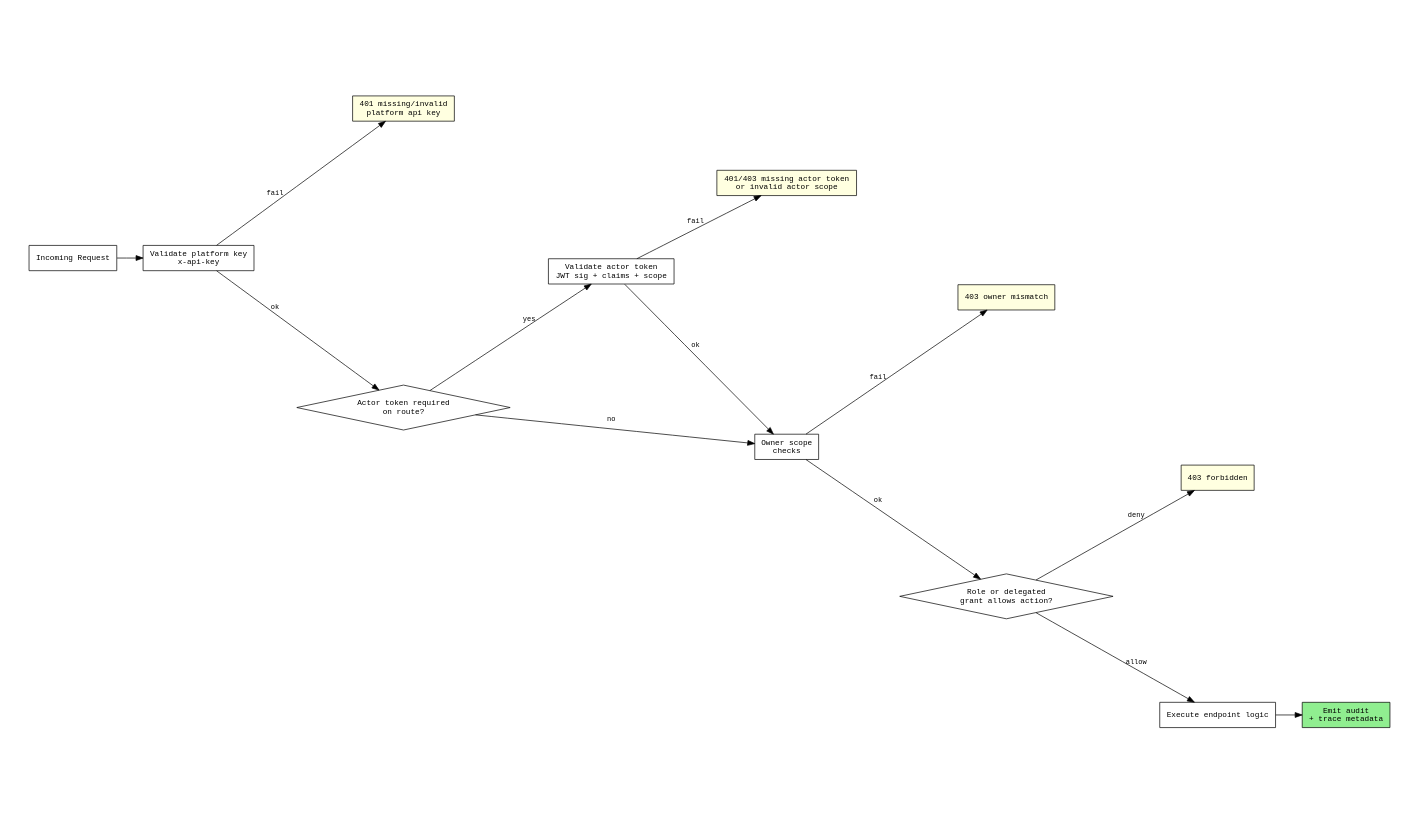
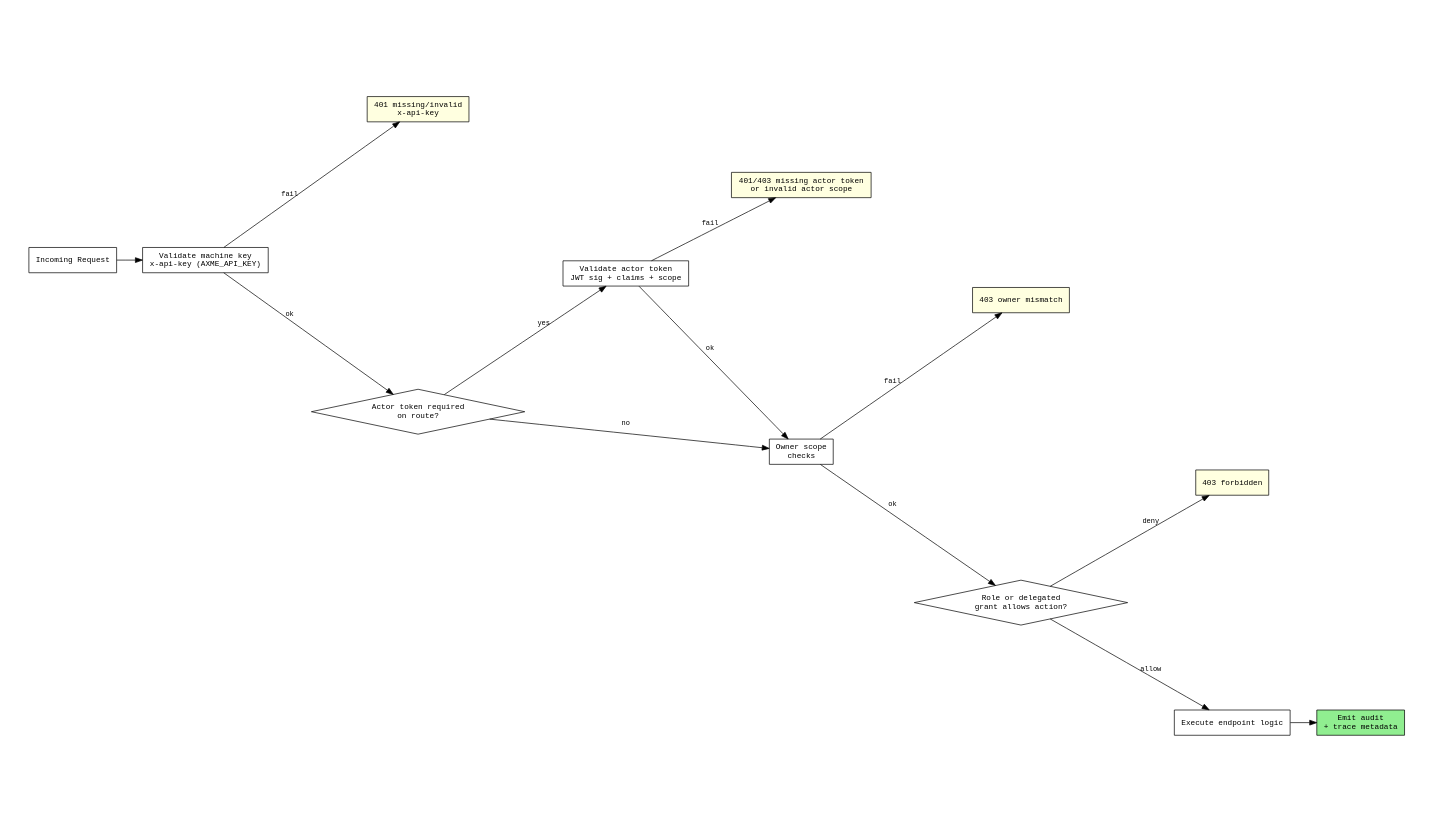
Before and after one commit to AxmeAI/axme-docs: the diagram in docs/diagrams/security/01-authn-authz-enforcement-flow.dot, drawn with Graphviz. The commit also changed 12 other files, not shown here.

First line of the commit message:
docs: clarify cloud vs protocol usage and machine-key auth semantics (#40)

```diff
--- a/docs/diagrams/security/01-authn-authz-enforcement-flow.dot
+++ b/docs/diagrams/security/01-authn-authz-enforcement-flow.dot
@@ -1,32 +1,32 @@
 digraph authn_authz {
     graph [size="16,9" ratio="fill" pad="0.4"];
     rankdir=LR
     node [shape=box fontname="monospace" fontsize=11]
     edge [fontname="monospace" fontsize=10]
 
     REQ   [label="Incoming Request"]
-    AKEY  [label="Validate platform key\nx-api-key"]
-    F401A [label="401 missing/invalid\nplatform api key" style=filled fillcolor=lightyellow]
+    AKEY  [label="Validate machine key\nx-api-key (AXME_API_KEY)"]
+    F401A [label="401 missing/invalid\nx-api-key" style=filled fillcolor=lightyellow]
     BRTE  [label="Actor token required\non route?" shape=diamond]
     VJWT  [label="Validate actor token\nJWT sig + claims + scope"]
     F401B [label="401/403 missing actor token\nor invalid actor scope" style=filled fillcolor=lightyellow]
     OWNR  [label="Owner scope\nchecks"]
     F403A [label="403 owner mismatch" style=filled fillcolor=lightyellow]
     ROLE  [label="Role or delegated\ngrant allows action?" shape=diamond]
     F403B [label="403 forbidden" style=filled fillcolor=lightyellow]
     EXEC  [label="Execute endpoint logic"]
     AUDIT [label="Emit audit\n+ trace metadata" style=filled fillcolor=lightgreen]
 
     REQ   -> AKEY
     AKEY  -> F401A [label="fail"]
     AKEY  -> BRTE  [label="ok"]
     BRTE  -> VJWT  [label="yes"]
     BRTE  -> OWNR  [label="no"]
     VJWT  -> F401B [label="fail"]
     VJWT  -> OWNR  [label="ok"]
     OWNR  -> F403A [label="fail"]
     OWNR  -> ROLE  [label="ok"]
     ROLE  -> F403B [label="deny"]
     ROLE  -> EXEC  [label="allow"]
     EXEC  -> AUDIT
 }
```
